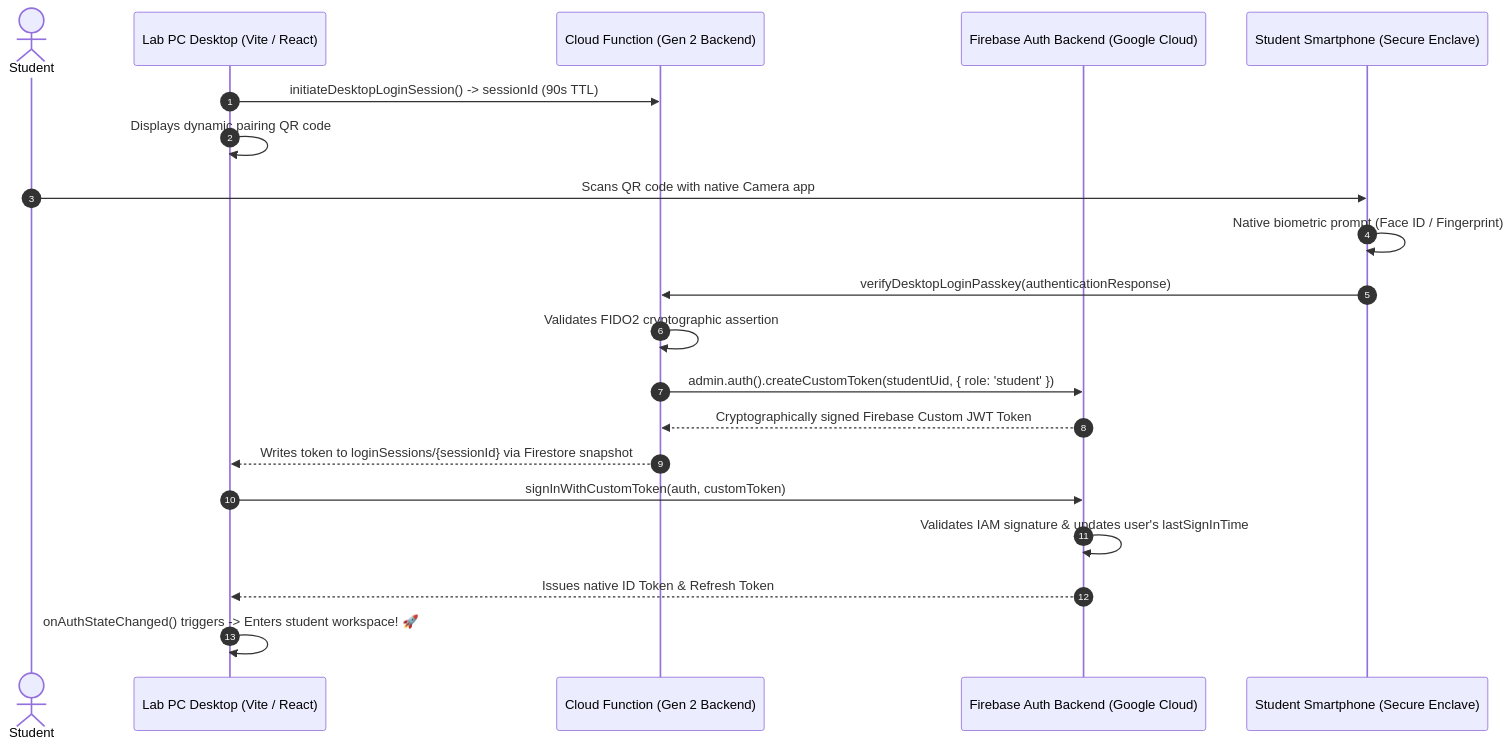
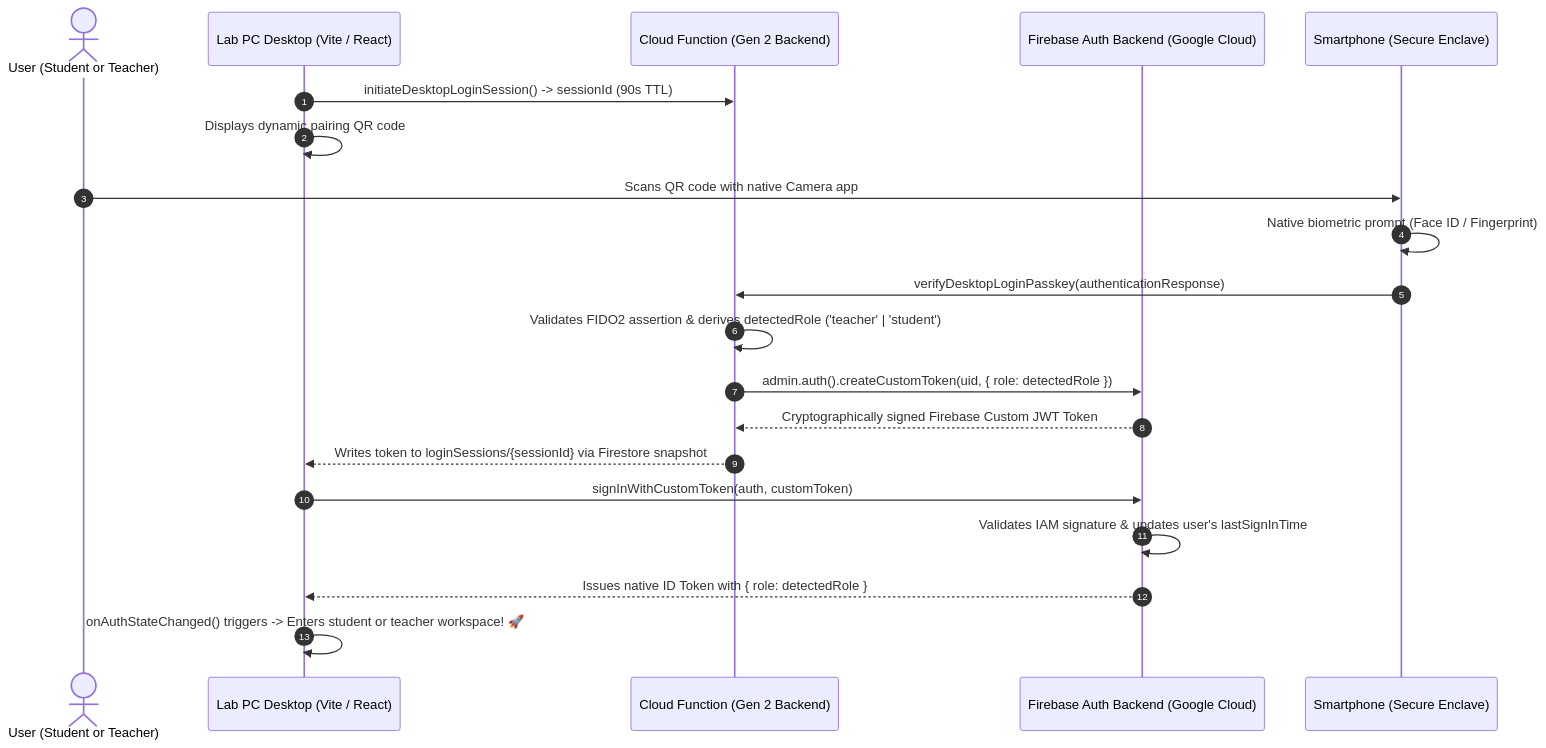
The fourth of 4 diagrams in docs/hybrid-role-resolution-and-auth.md (wongcyrus/Google-AI-Classroom), drawn with Mermaid before and after one commit. The commit also changed other lines of this file and 4 other files, not shown here.

Commit message:
docs: document teacher mobile passkey login, multi-role whitelist, and self-service unlinking

````diff
--- a/docs/hybrid-role-resolution-and-auth.md
+++ b/docs/hybrid-role-resolution-and-auth.md
@@ -266,23 +266,23 @@
 ```mermaid
 sequenceDiagram
     autonumber
-    actor Student
+    actor User as User (Student or Teacher)
     participant Desktop as Lab PC Desktop (Vite / React)
     participant Cloud as Cloud Function (Gen 2 Backend)
     participant Auth as Firebase Auth Backend (Google Cloud)
-    participant Phone as Student Smartphone (Secure Enclave)
+    participant Phone as Smartphone (Secure Enclave)
 
     Desktop->>Cloud: initiateDesktopLoginSession() -> sessionId (90s TTL)
     Desktop->>Desktop: Displays dynamic pairing QR code
-    Student->>Phone: Scans QR code with native Camera app
+    User->>Phone: Scans QR code with native Camera app
     Phone->>Phone: Native biometric prompt (Face ID / Fingerprint)
     Phone->>Cloud: verifyDesktopLoginPasskey(authenticationResponse)
-    Cloud->>Cloud: Validates FIDO2 cryptographic assertion
-    Cloud->>Auth: admin.auth().createCustomToken(studentUid, { role: 'student' })
+    Cloud->>Cloud: Validates FIDO2 assertion & derives detectedRole ('teacher' | 'student')
+    Cloud->>Auth: admin.auth().createCustomToken(uid, { role: detectedRole })
     Auth-->>Cloud: Cryptographically signed Firebase Custom JWT Token
     Cloud-->>Desktop: Writes token to loginSessions/{sessionId} via Firestore snapshot
     Desktop->>Auth: signInWithCustomToken(auth, customToken)
     Auth->>Auth: Validates IAM signature & updates user's lastSignInTime
-    Auth-->>Desktop: Issues native ID Token & Refresh Token
-    Desktop->>Desktop: onAuthStateChanged() triggers -> Enters student workspace! 🚀
+    Auth-->>Desktop: Issues native ID Token with { role: detectedRole }
+    Desktop->>Desktop: onAuthStateChanged() triggers -> Enters student or teacher workspace! 🚀
 ```
````
